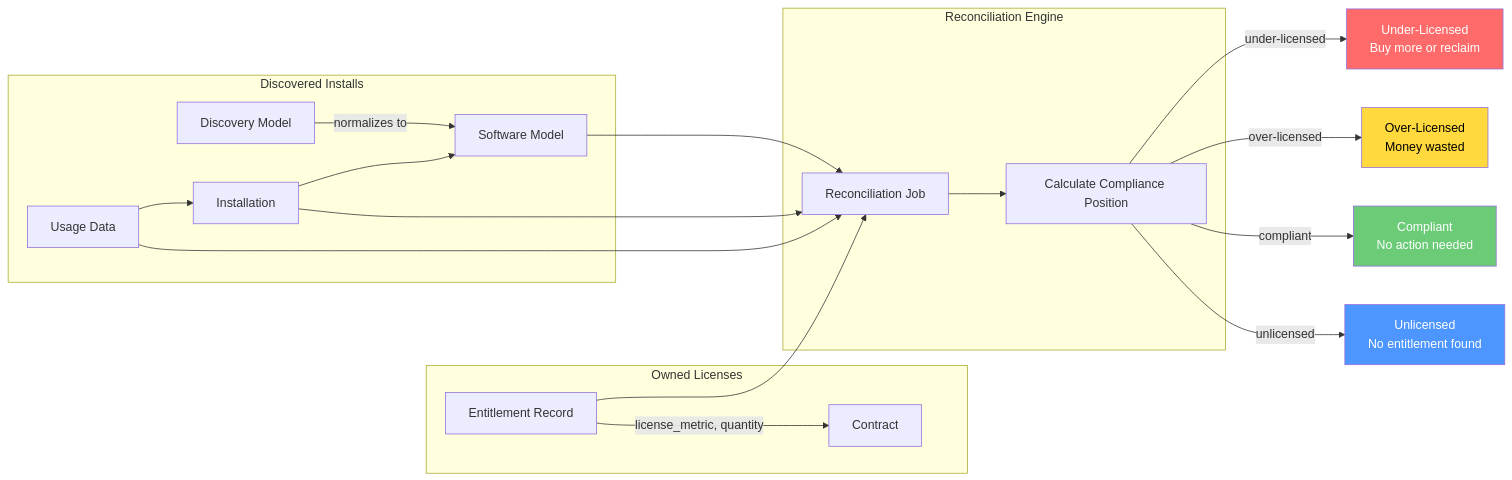
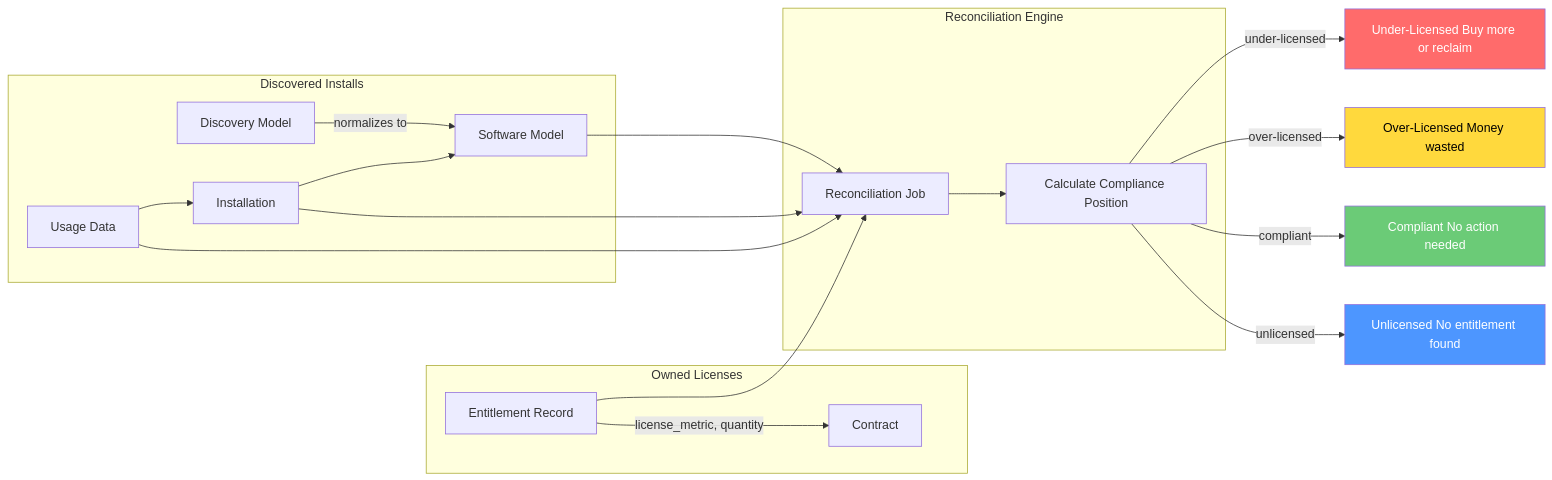
Before and after one commit to eltonaguiar/ServiceNow_Learning_TSOM-_CSM_FSM_SalesCRM_HAM_ITSM: the third of 6 diagrams in docs/modules/sam/sam-guide.md, drawn with Mermaid. The commit also changed other lines of this file and 11 other files, not shown here.

First line of the commit message:
Fix all mermaid diagrams: remove br/ tags that break rendering on GitHub Pages

````diff
--- a/docs/modules/sam/sam-guide.md
+++ b/docs/modules/sam/sam-guide.md
@@ -277,31 +277,31 @@
 ```mermaid
 flowchart LR
     subgraph "Owned Licenses"
         ENT[Entitlement Record] -->|license_metric, quantity| CONTRACT[Contract]
     end
     
     subgraph "Discovered Installs"
         DISC[Discovery Model] -->|normalizes to| SWMODEL[Software Model]
         INST[Installation] --> SWMODEL
         USE[Usage Data] --> INST
     end
     
     subgraph "Reconciliation Engine"
         RECON[Reconciliation Job] --> CALC[Calculate Compliance Position]
     end
     
     ENT --> RECON
     SWMODEL --> RECON
     INST --> RECON
     USE --> RECON
     
-    CALC -->|under-licensed| UNDER[Under-Licensed<br/>Buy more or reclaim]
-    CALC -->|over-licensed| OVER[Over-Licensed<br/>Money wasted]
-    CALC -->|compliant| COMP[Compliant<br/>No action needed]
-    CALC -->|unlicensed| UNL[Unlicensed<br/>No entitlement found]
+    CALC -->|under-licensed| UNDER[Under-Licensed Buy more or reclaim]
+    CALC -->|over-licensed| OVER[Over-Licensed Money wasted]
+    CALC -->|compliant| COMP[Compliant No action needed]
+    CALC -->|unlicensed| UNL[Unlicensed No entitlement found]
     
     style UNDER fill:#ff6b6b,color:#fff
     style OVER fill:#ffd93d,color:#000
     style COMP fill:#6bcb77,color:#fff
     style UNL fill:#4d96ff,color:#fff
 ```
````
